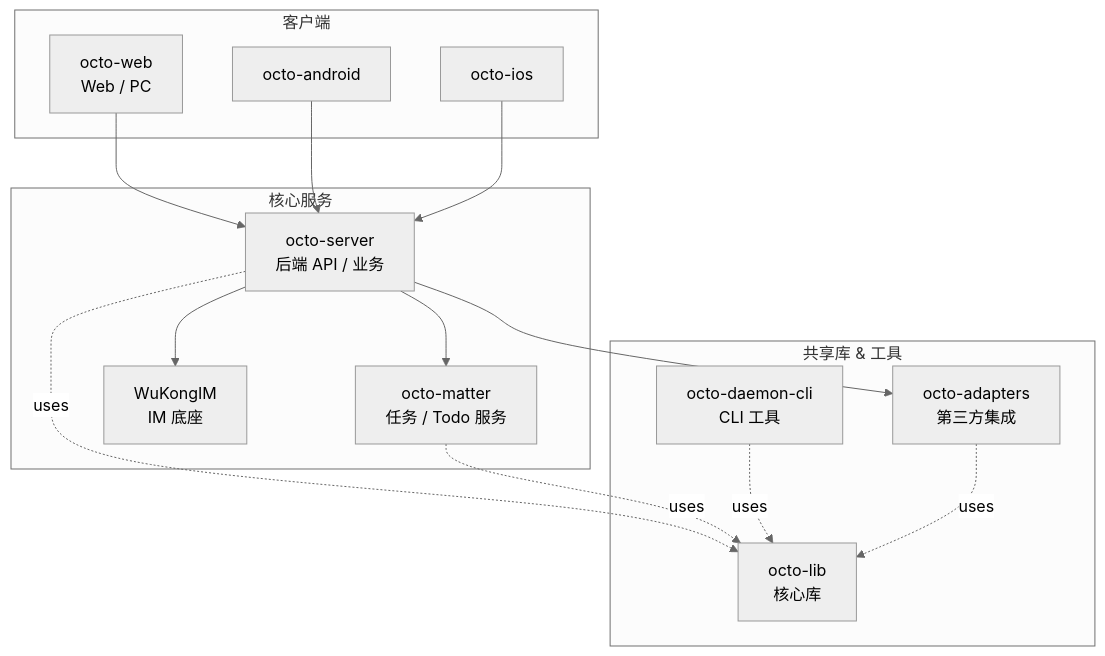
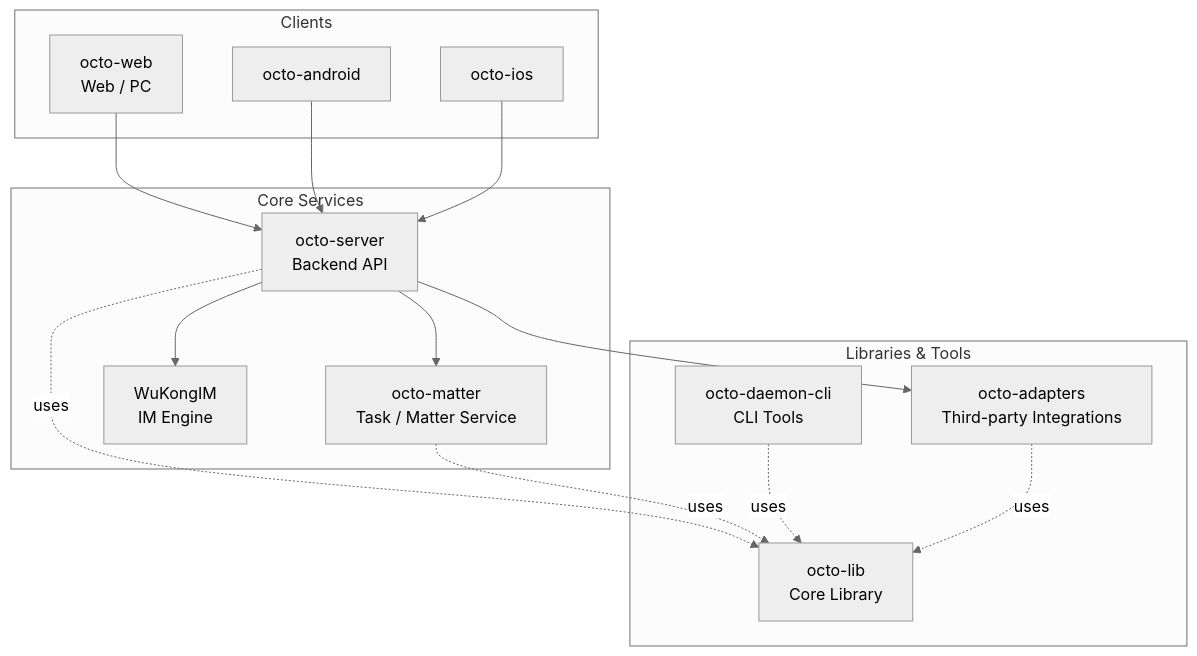
One commit to Mininglamp-OSS/octo-matter changed the diagram in README.md. Above: the diagram before and after it, drawn with Mermaid (neutral theme). The commit also changed other lines of this file and 77 other files, not shown here.

````diff
--- a/README.md
+++ b/README.md
@@ -94,31 +94,31 @@
 ```mermaid
 graph TD
-  subgraph Clients[客户端]
+  subgraph Clients[Clients]
     Web[octo-web<br/>Web / PC]
     Android[octo-android]
     iOS[octo-ios]
   end
 
-  subgraph Core[核心服务]
-    Server[octo-server<br/>后端 API / 业务]
-    Matter[octo-matter<br/>任务 / Todo 服务]
-    IM[WuKongIM<br/>IM 底座]
+  subgraph Core[Core Services]
+    Server[octo-server<br/>Backend API]
+    Matter[octo-matter<br/>Task / Matter Service]
+    IM[WuKongIM<br/>IM Engine]
   end
 
-  subgraph Libs[共享库 & 工具]
-    Lib[octo-lib<br/>核心库]
-    CLI[octo-daemon-cli<br/>CLI 工具]
-    Adapters[octo-adapters<br/>第三方集成]
+  subgraph Libs[Libraries & Tools]
+    Lib[octo-lib<br/>Core Library]
+    CLI[octo-daemon-cli<br/>CLI Tools]
+    Adapters[octo-adapters<br/>Third-party Integrations]
   end
 
   Web --> Server
   Android --> Server
   iOS --> Server
   Server --> IM
   Server --> Matter
   Server --> Adapters
   Server -.uses.-> Lib
   Matter -.uses.-> Lib
   CLI -.uses.-> Lib
   Adapters -.uses.-> Lib
 ```
````
